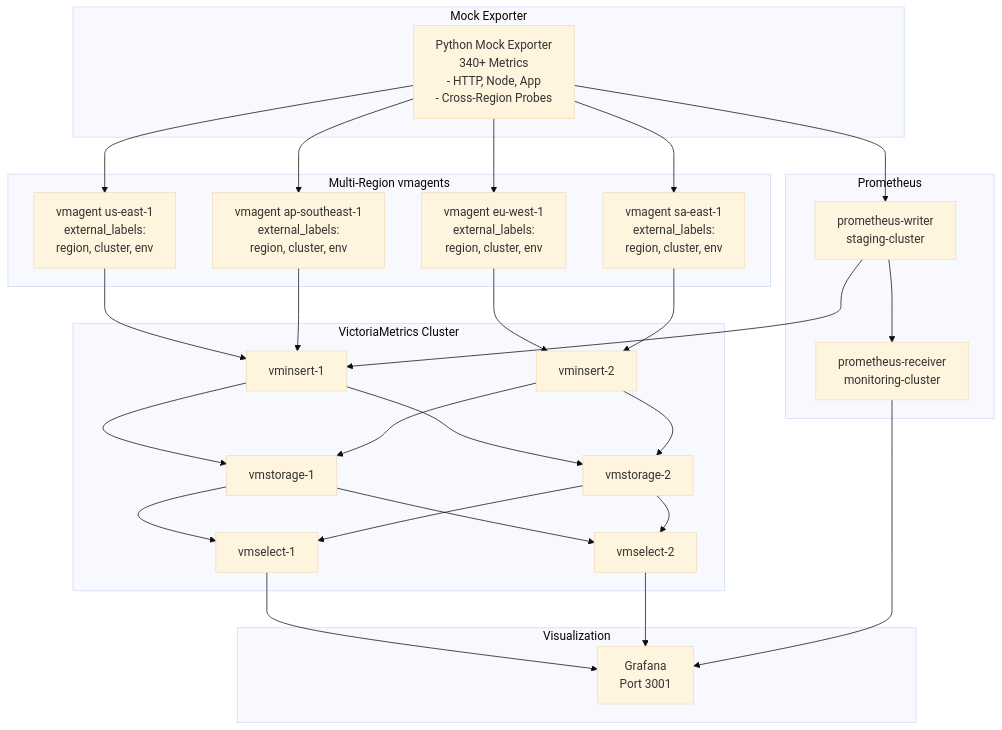
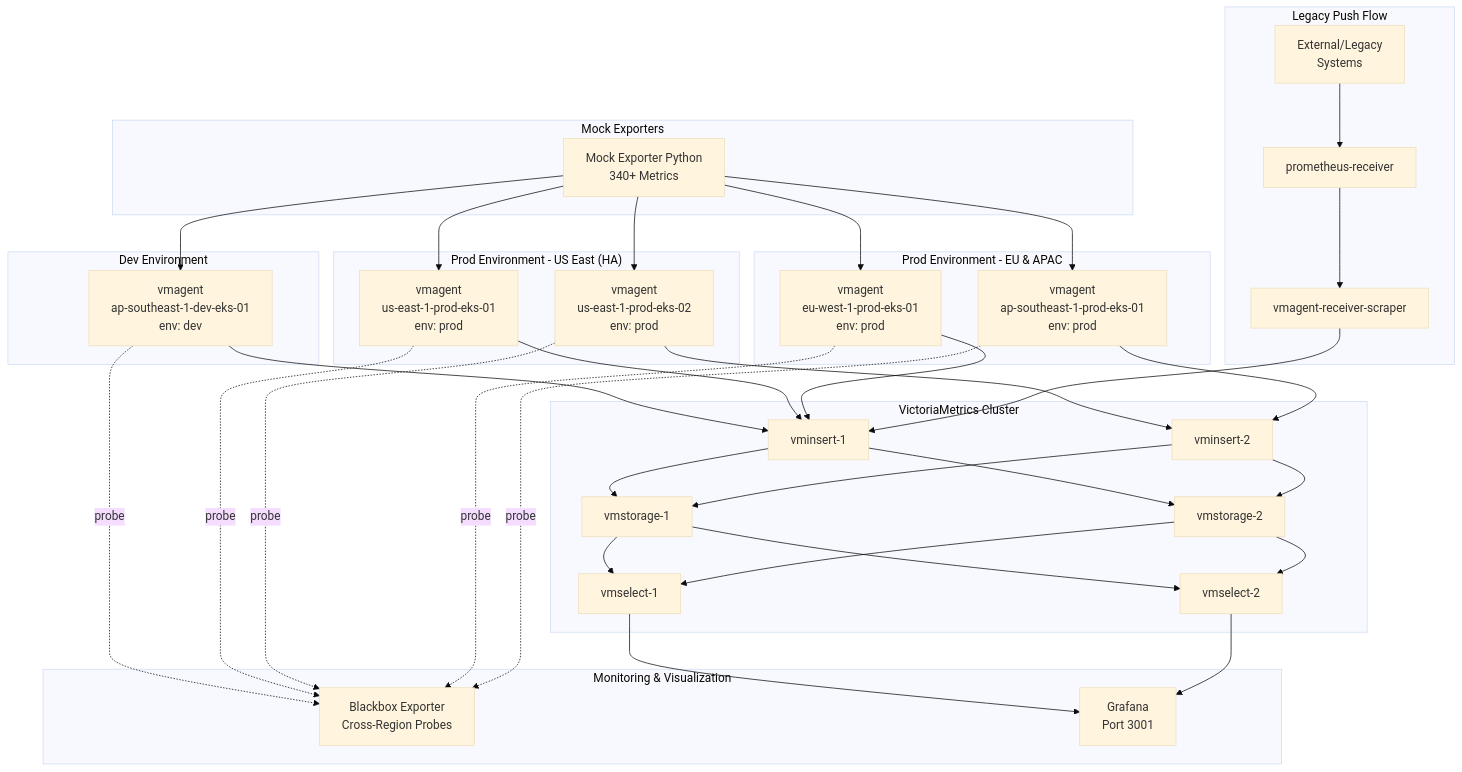
Before and after one commit to duyne-me/prom-remote-write: the diagram in README.vi.md, drawn with Mermaid (base theme). The commit also changed other lines of this file and 30 other files, not shown here.

````diff
--- a/README.vi.md
+++ b/README.vi.md
@@ -7,44 +7,58 @@
 ```mermaid
 graph TB
-    subgraph "Mock Exporter"
-        ME[Python Mock Exporter<br/>340+ Metrics<br/>- HTTP, Node, App<br/>- Cross-Region Probes]
+    subgraph "Mock Exporters"
+        ME[Mock Exporter Python<br/>340+ Metrics]
     end
     
-    subgraph "Multi-Region vmagents"
-        VMA1[vmagent us-east-1<br/>external_labels:<br/>region, cluster, env]
-        VMA2[vmagent eu-west-1<br/>external_labels:<br/>region, cluster, env]
-        VMA3[vmagent ap-southeast-1<br/>external_labels:<br/>region, cluster, env]
-        VMA4[vmagent sa-east-1<br/>external_labels:<br/>region, cluster, env]
+    subgraph "Dev Environment"
+        VMA_DEV[vmagent<br/>ap-southeast-1-dev-eks-01<br/>env: dev]
+    end
+    
+    subgraph "Prod Environment - US East (HA)"
+        VMA_US1[vmagent<br/>us-east-1-prod-eks-01<br/>env: prod]
+        VMA_US2[vmagent<br/>us-east-1-prod-eks-02<br/>env: prod]
+    end
+    
+    subgraph "Prod Environment - EU & APAC"
+        VMA_EU[vmagent<br/>eu-west-1-prod-eks-01<br/>env: prod]
+        VMA_AP[vmagent<br/>ap-southeast-1-prod-eks-01<br/>env: prod]
+    end
+    
+    subgraph "Legacy Push Flow"
+        EXT[External/Legacy<br/>Systems]
+        PR[prometheus-receiver]
+        VMA_RCV[vmagent-receiver-scraper]
     end
     
     subgraph "VictoriaMetrics Cluster"
         VMI1[vminsert-1]
         VMI2[vminsert-2]
         VMS1[vmselect-1]
         VMS2[vmselect-2]
         VMST1[vmstorage-1]
         VMST2[vmstorage-2]
     end
     
-    subgraph "Prometheus"
-        PW[prometheus-writer<br/>staging-cluster]
-        PR[prometheus-receiver<br/>monitoring-cluster]
-    end
-    
-    subgraph "Visualization"
+    subgraph "Monitoring & Visualization"
+        BB[Blackbox Exporter<br/>Cross-Region Probes]
         G[Grafana<br/>Port 3001]
     end
     
-    ME --> VMA1 & VMA2 & VMA3 & VMA4 & PW
+    ME --> VMA_DEV & VMA_US1 & VMA_US2 & VMA_EU & VMA_AP
     
-    VMA1 & VMA3 --> VMI1
-    VMA2 & VMA4 --> VMI2
-    PW --> VMI1
-    PW --> PR
+    VMA_DEV --> VMI1
+    VMA_US1 --> VMI1
+    VMA_US2 --> VMI2
+    VMA_EU --> VMI1
+    VMA_AP --> VMI2
+    
+    EXT --> PR
+    PR --> VMA_RCV
+    VMA_RCV --> VMI1
+    
+    VMA_DEV & VMA_US1 & VMA_US2 & VMA_EU & VMA_AP -.probe.-> BB
     
     VMI1 & VMI2 --> VMST1 & VMST2
     VMST1 & VMST2 --> VMS1 & VMS2
-    
     VMS1 & VMS2 --> G
-    PR --> G
 ```
````
